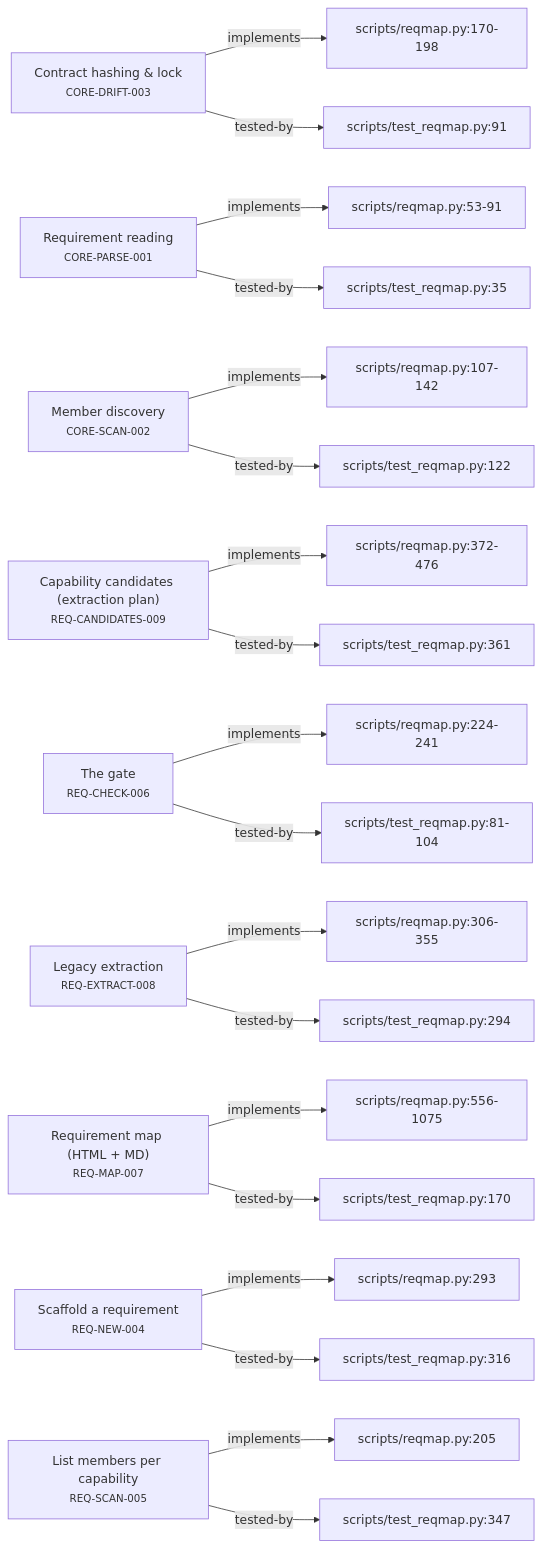
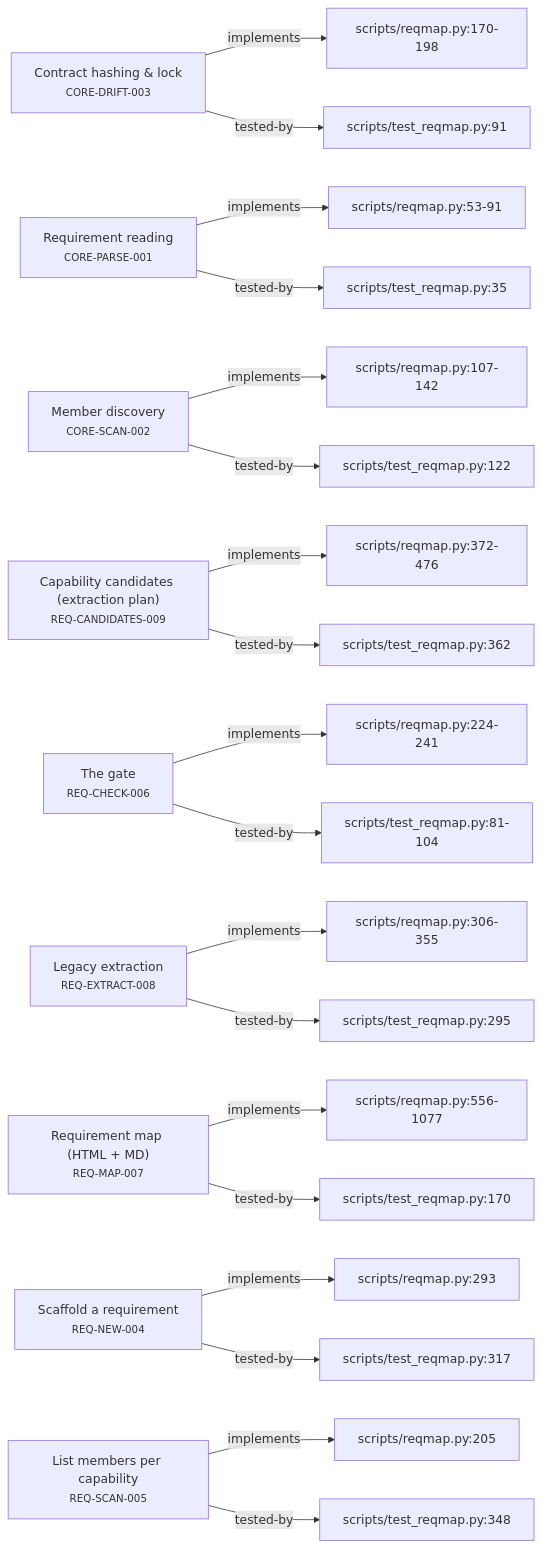
The second of 5 diagrams in plugin/requirements/_map.md (alxmax/Requirement-manager), drawn with Mermaid before and after one commit. The commit also changed other lines of this file and 3 other files, not shown here.

````diff
--- a/plugin/requirements/_map.md
+++ b/plugin/requirements/_map.md
@@ -37,48 +37,48 @@
 ```mermaid
 graph LR
   CORE_DRIFT_003["Contract hashing & lock<br><small>CORE-DRIFT-003</small>"]
   f_scripts_reqmap_py_170_198["scripts/reqmap.py:170-198"]
   CORE_DRIFT_003 -->|implements| f_scripts_reqmap_py_170_198
   f_scripts_test_reqmap_py_91["scripts/test_reqmap.py:91"]
   CORE_DRIFT_003 -->|tested-by| f_scripts_test_reqmap_py_91
   CORE_PARSE_001["Requirement reading<br><small>CORE-PARSE-001</small>"]
   f_scripts_reqmap_py_53_91["scripts/reqmap.py:53-91"]
   CORE_PARSE_001 -->|implements| f_scripts_reqmap_py_53_91
   f_scripts_test_reqmap_py_35["scripts/test_reqmap.py:35"]
   CORE_PARSE_001 -->|tested-by| f_scripts_test_reqmap_py_35
   CORE_SCAN_002["Member discovery<br><small>CORE-SCAN-002</small>"]
   f_scripts_reqmap_py_107_142["scripts/reqmap.py:107-142"]
   CORE_SCAN_002 -->|implements| f_scripts_reqmap_py_107_142
   f_scripts_test_reqmap_py_122["scripts/test_reqmap.py:122"]
   CORE_SCAN_002 -->|tested-by| f_scripts_test_reqmap_py_122
   REQ_CANDIDATES_009["Capability candidates (extraction plan)<br><small>REQ-CANDIDATES-009</small>"]
   f_scripts_reqmap_py_372_476["scripts/reqmap.py:372-476"]
   REQ_CANDIDATES_009 -->|implements| f_scripts_reqmap_py_372_476
-  f_scripts_test_reqmap_py_361["scripts/test_reqmap.py:361"]
-  REQ_CANDIDATES_009 -->|tested-by| f_scripts_test_reqmap_py_361
+  f_scripts_test_reqmap_py_362["scripts/test_reqmap.py:362"]
+  REQ_CANDIDATES_009 -->|tested-by| f_scripts_test_reqmap_py_362
   REQ_CHECK_006["The gate<br><small>REQ-CHECK-006</small>"]
   f_scripts_reqmap_py_224_241["scripts/reqmap.py:224-241"]
   REQ_CHECK_006 -->|implements| f_scripts_reqmap_py_224_241
   f_scripts_test_reqmap_py_81_104["scripts/test_reqmap.py:81-104"]
   REQ_CHECK_006 -->|tested-by| f_scripts_test_reqmap_py_81_104
   REQ_EXTRACT_008["Legacy extraction<br><small>REQ-EXTRACT-008</small>"]
   f_scripts_reqmap_py_306_355["scripts/reqmap.py:306-355"]
   REQ_EXTRACT_008 -->|implements| f_scripts_reqmap_py_306_355
-  f_scripts_test_reqmap_py_294["scripts/test_reqmap.py:294"]
-  REQ_EXTRACT_008 -->|tested-by| f_scripts_test_reqmap_py_294
+  f_scripts_test_reqmap_py_295["scripts/test_reqmap.py:295"]
+  REQ_EXTRACT_008 -->|tested-by| f_scripts_test_reqmap_py_295
   REQ_MAP_007["Requirement map (HTML + MD)<br><small>REQ-MAP-007</small>"]
-  f_scripts_reqmap_py_556_1075["scripts/reqmap.py:556-1075"]
-  REQ_MAP_007 -->|implements| f_scripts_reqmap_py_556_1075
+  f_scripts_reqmap_py_556_1077["scripts/reqmap.py:556-1077"]
+  REQ_MAP_007 -->|implements| f_scripts_reqmap_py_556_1077
   f_scripts_test_reqmap_py_170["scripts/test_reqmap.py:170"]
   REQ_MAP_007 -->|tested-by| f_scripts_test_reqmap_py_170
   REQ_NEW_004["Scaffold a requirement<br><small>REQ-NEW-004</small>"]
   f_scripts_reqmap_py_293["scripts/reqmap.py:293"]
   REQ_NEW_004 -->|implements| f_scripts_reqmap_py_293
-  f_scripts_test_reqmap_py_316["scripts/test_reqmap.py:316"]
-  REQ_NEW_004 -->|tested-by| f_scripts_test_reqmap_py_316
+  f_scripts_test_reqmap_py_317["scripts/test_reqmap.py:317"]
+  REQ_NEW_004 -->|tested-by| f_scripts_test_reqmap_py_317
   REQ_SCAN_005["List members per capability<br><small>REQ-SCAN-005</small>"]
   f_scripts_reqmap_py_205["scripts/reqmap.py:205"]
   REQ_SCAN_005 -->|implements| f_scripts_reqmap_py_205
-  f_scripts_test_reqmap_py_347["scripts/test_reqmap.py:347"]
-  REQ_SCAN_005 -->|tested-by| f_scripts_test_reqmap_py_347
+  f_scripts_test_reqmap_py_348["scripts/test_reqmap.py:348"]
+  REQ_SCAN_005 -->|tested-by| f_scripts_test_reqmap_py_348
 ```
````
